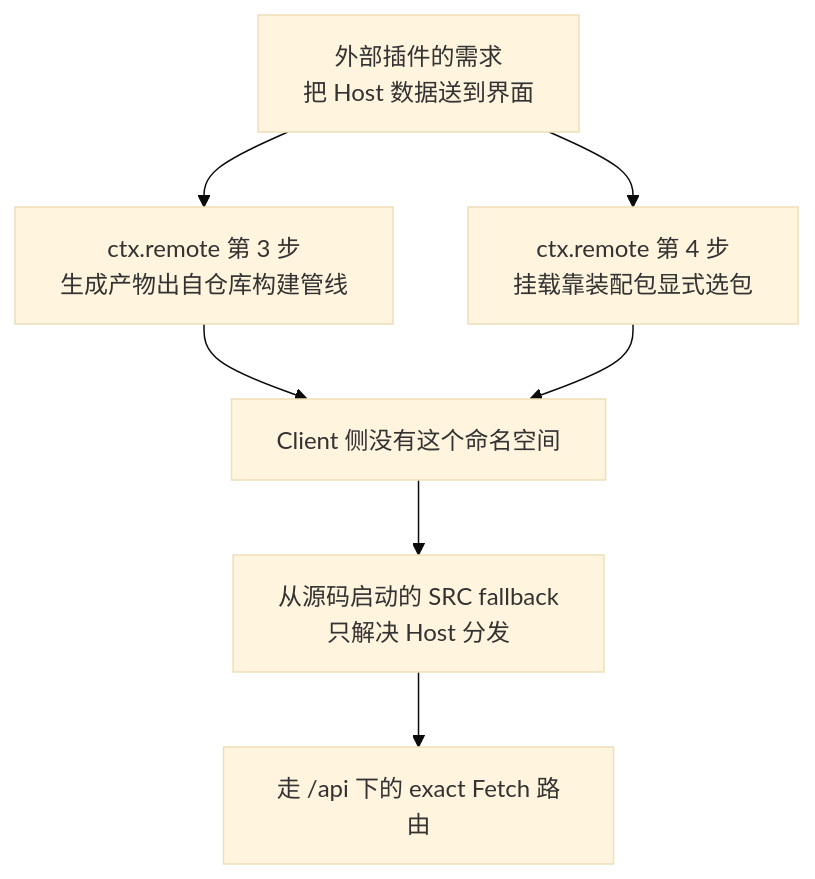
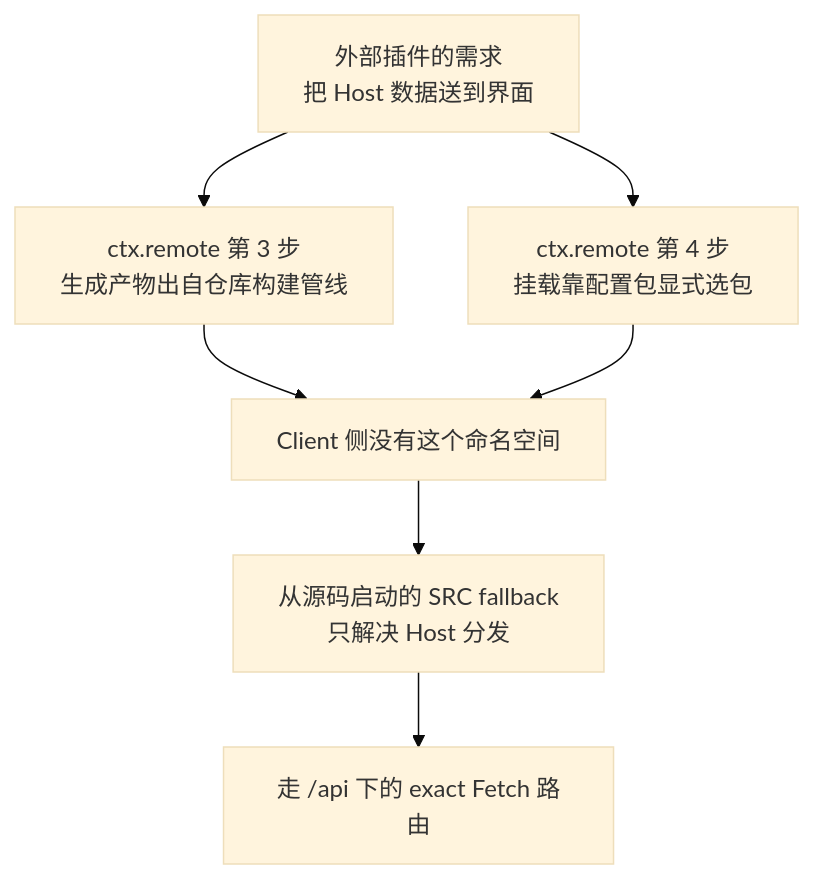
Before and after one commit to anthonyzhao-4926/blog: the second of 4 diagrams in dsh 插件开发学习/15-把 Host 数据展示到界面.md, drawn with Mermaid (base theme). The commit also changed other lines of this file and 53 other files, not shown here.

````diff
--- a/dsh 插件开发学习/15-把 Host 数据展示到界面.md
+++ b/dsh 插件开发学习/15-把 Host 数据展示到界面.md
@@ -187,9 +187,9 @@
 ```mermaid
 flowchart TD
     A["外部插件的需求<br/>把 Host 数据送到界面"] --> B["ctx.remote 第 3 步<br/>生成产物出自仓库构建管线"]
-    A --> C["ctx.remote 第 4 步<br/>挂载靠装配包显式选包"]
+    A --> C["ctx.remote 第 4 步<br/>挂载靠配置包显式选包"]
     B --> D["Client 侧没有这个命名空间"]
     C --> D
     D --> E["从源码启动的 SRC fallback<br/>只解决 Host 分发"]
     E --> F["走 /api 下的 exact Fetch 路由"]
 ```
````
